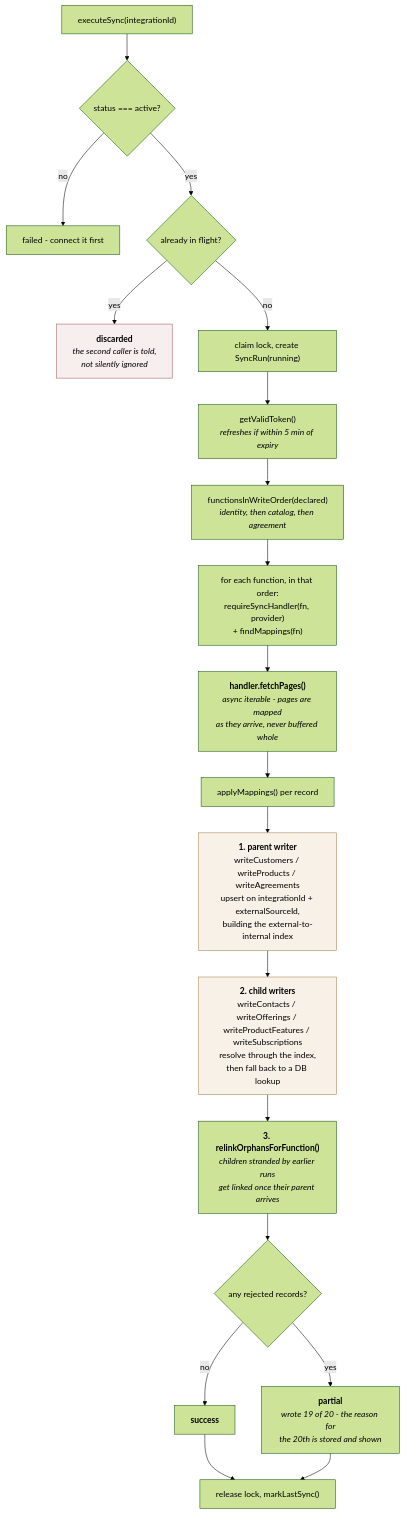
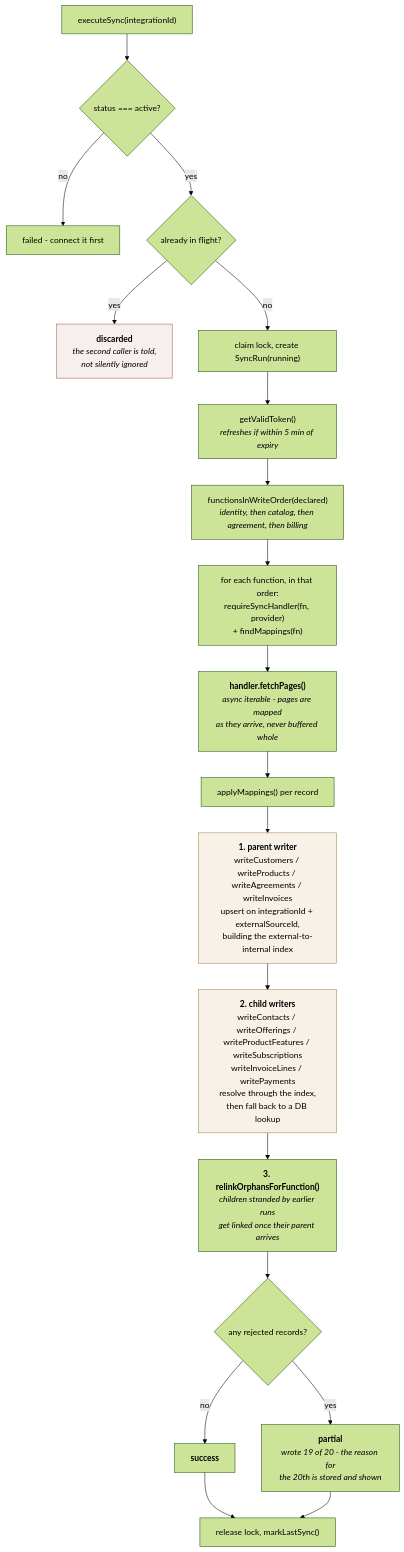
One commit to ajibade-ibrahim/Integration-Demo changed the fifth of 9 diagrams in docs/architecture.md. Above: the diagram before and after it, drawn with Mermaid (forest theme). The commit also changed other lines of this file and 38 other files, not shown here.

Commit message:
Billing => Invoice, Payments

````diff
--- a/docs/architecture.md
+++ b/docs/architecture.md
@@ -281,30 +281,30 @@
 ```mermaid
 flowchart TB
     START["executeSync(integrationId)"] --> G1{"status === active?"}
     G1 -->|no| FAIL1["failed - connect it first"]
     G1 -->|yes| G2{"already in flight?"}
     G2 -->|yes| DISC["<b>discarded</b><br/><i>the second caller is told,<br/>not silently ignored</i>"]
     G2 -->|no| LOCK["claim lock, create SyncRun(running)"]
 
     LOCK --> TOK["getValidToken()<br/><i>refreshes if within 5 min of expiry</i>"]
-    TOK --> ORDER["functionsInWriteOrder(declared)<br/><i>identity, then catalog, then agreement</i>"]
+    TOK --> ORDER["functionsInWriteOrder(declared)<br/><i>identity, then catalog, then agreement, then billing</i>"]
     ORDER --> LOOP["for each function, in that order:<br/>requireSyncHandler(fn, provider)<br/>+ findMappings(fn)"]
 
     LOOP --> FETCH["<b>handler.fetchPages()</b><br/><i>async iterable - pages are mapped<br/>as they arrive, never buffered whole</i>"]
     FETCH --> MAP["applyMappings() per record"]
 
-    MAP --> WC["<b>1. parent writer</b><br/>writeCustomers / writeProducts / writeAgreements<br/>upsert on integrationId + externalSourceId,<br/>building the external-to-internal index"]
-    WC --> WK["<b>2. child writers</b><br/>writeContacts / writeOfferings / writeProductFeatures / writeSubscriptions<br/>resolve through the index,<br/>then fall back to a DB lookup"]
+    MAP --> WC["<b>1. parent writer</b><br/>writeCustomers / writeProducts / writeAgreements / writeInvoices<br/>upsert on integrationId + externalSourceId,<br/>building the external-to-internal index"]
+    WC --> WK["<b>2. child writers</b><br/>writeContacts / writeOfferings / writeProductFeatures / writeSubscriptions<br/>writeInvoiceLines / writePayments<br/>resolve through the index,<br/>then fall back to a DB lookup"]
     WK --> RELINK["<b>3. relinkOrphansForFunction()</b><br/><i>children stranded by earlier runs<br/>get linked once their parent arrives</i>"]
 
     RELINK --> STATUS{"any rejected records?"}
     STATUS -->|no| OK["<b>success</b>"]
     STATUS -->|yes| PART["<b>partial</b><br/><i>wrote 19 of 20 - the reason for<br/>the 20th is stored and shown</i>"]
 
     OK --> REL["release lock, markLastSync()"]
     PART --> REL
 
     style WC fill:#f7f1e8,stroke:#a5824a
     style WK fill:#f7f1e8,stroke:#a5824a
     style DISC fill:#f7eeee,stroke:#a55a5a
 ```
````
